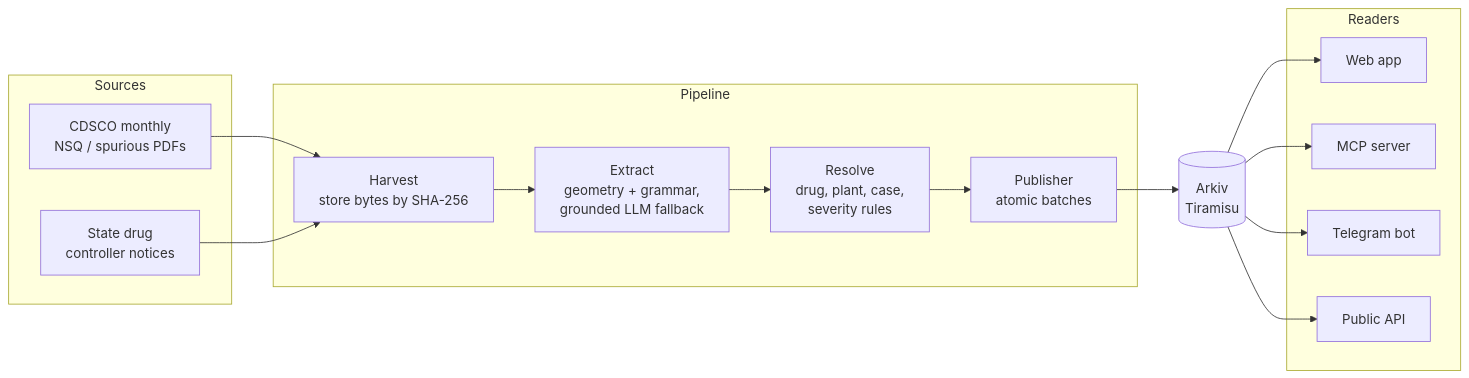
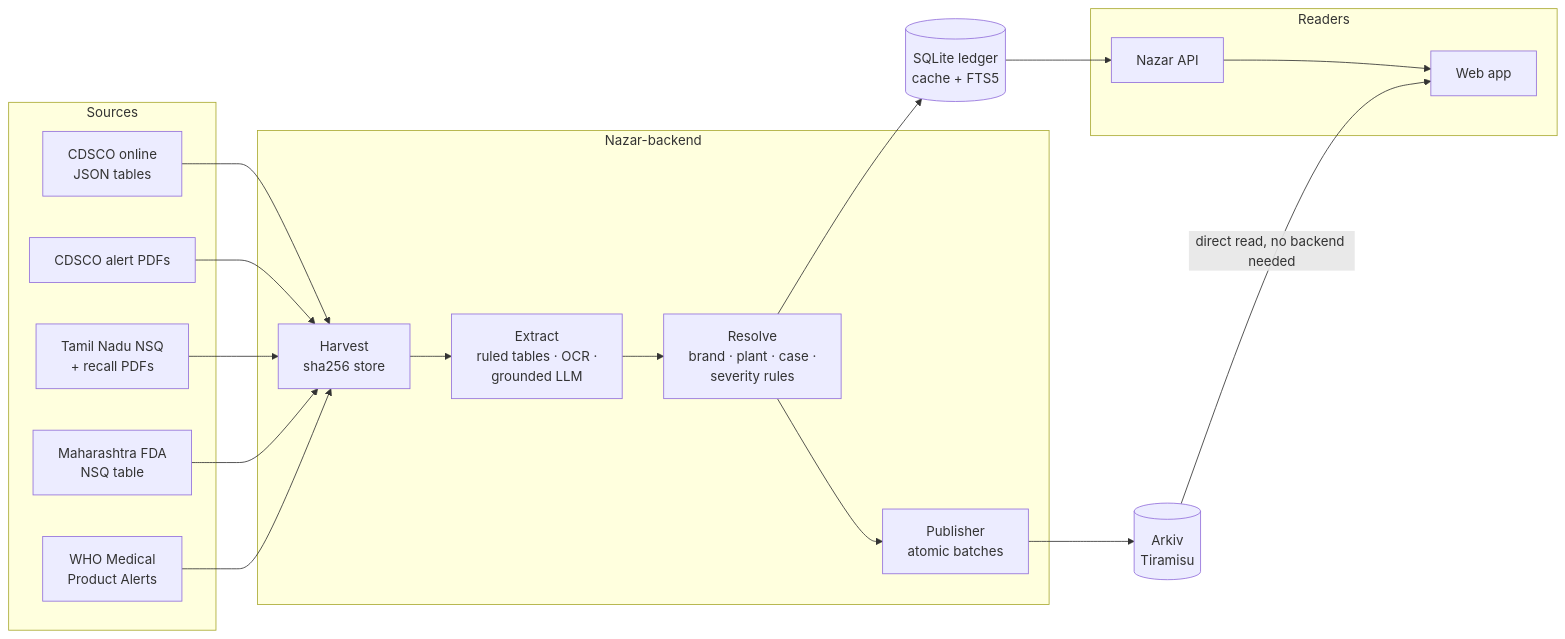
The diagram in README.md (pranshurastogi/Nazar), drawn with Mermaid before and after one commit. The commit also changed other lines of this file and 6 other files, not shown here.

````diff
--- a/README.md
+++ b/README.md
@@ -106,27 +92,25 @@
 ```mermaid
 flowchart LR
   subgraph Sources
-    A[CDSCO monthly<br/>NSQ / spurious PDFs]
-    B[State drug<br/>controller notices]
+    A[CDSCO online<br/>JSON tables]
+    B[CDSCO alert PDFs]
+    C[Tamil Nadu NSQ<br/>+ recall PDFs]
+    D[Maharashtra FDA<br/>NSQ table]
+    E[WHO Medical<br/>Product Alerts]
   end
-  subgraph Pipeline
-    H[Harvest<br/>store bytes by SHA-256]
-    X[Extract<br/>geometry + grammar,<br/>grounded LLM fallback]
-    R[Resolve<br/>drug, plant, case,<br/>severity rules]
+  subgraph Pipeline [Nazar-backend]
+    H[Harvest<br/>sha256 store]
+    X[Extract<br/>ruled tables · OCR ·<br/>grounded LLM]
+    R[Resolve<br/>brand · plant · case ·<br/>severity rules]
     P[Publisher<br/>atomic batches]
   end
   K[(Arkiv<br/>Tiramisu)]
+  L[(SQLite ledger<br/>cache + FTS5)]
   subgraph Readers
     W[Web app]
-    M[MCP server]
-    T[Telegram bot]
-    I[Public API]
+    I[Nazar API]
   end
-  A --> H
-  B --> H
-  H --> X --> R --> P --> K
-  K --> W
-  K --> M
-  K --> T
-  K --> I
+  A & B & C & D & E --> H --> X --> R --> P --> K
+  R --> L --> I --> W
+  K -- "direct read, no backend needed" --> W
 ```
````
